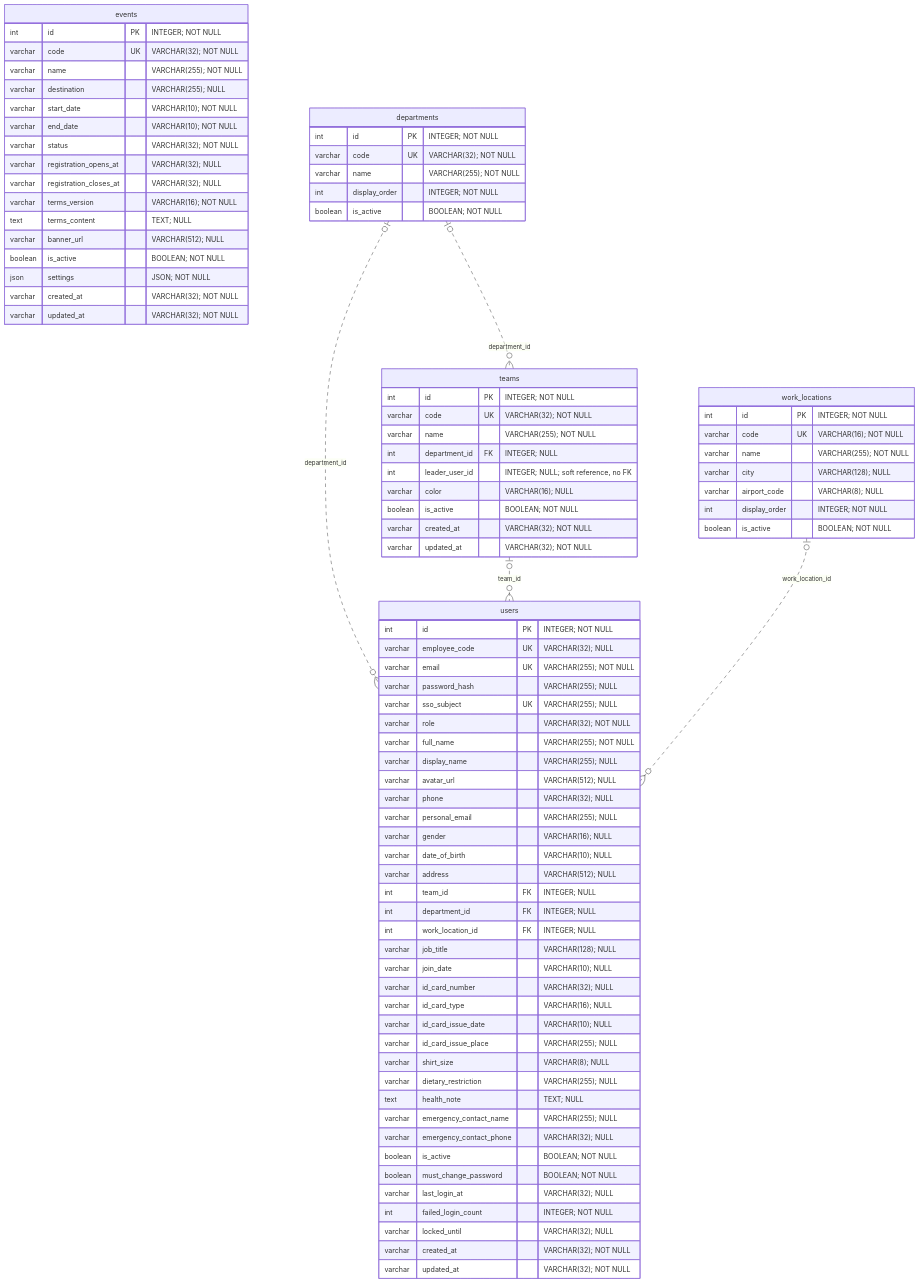
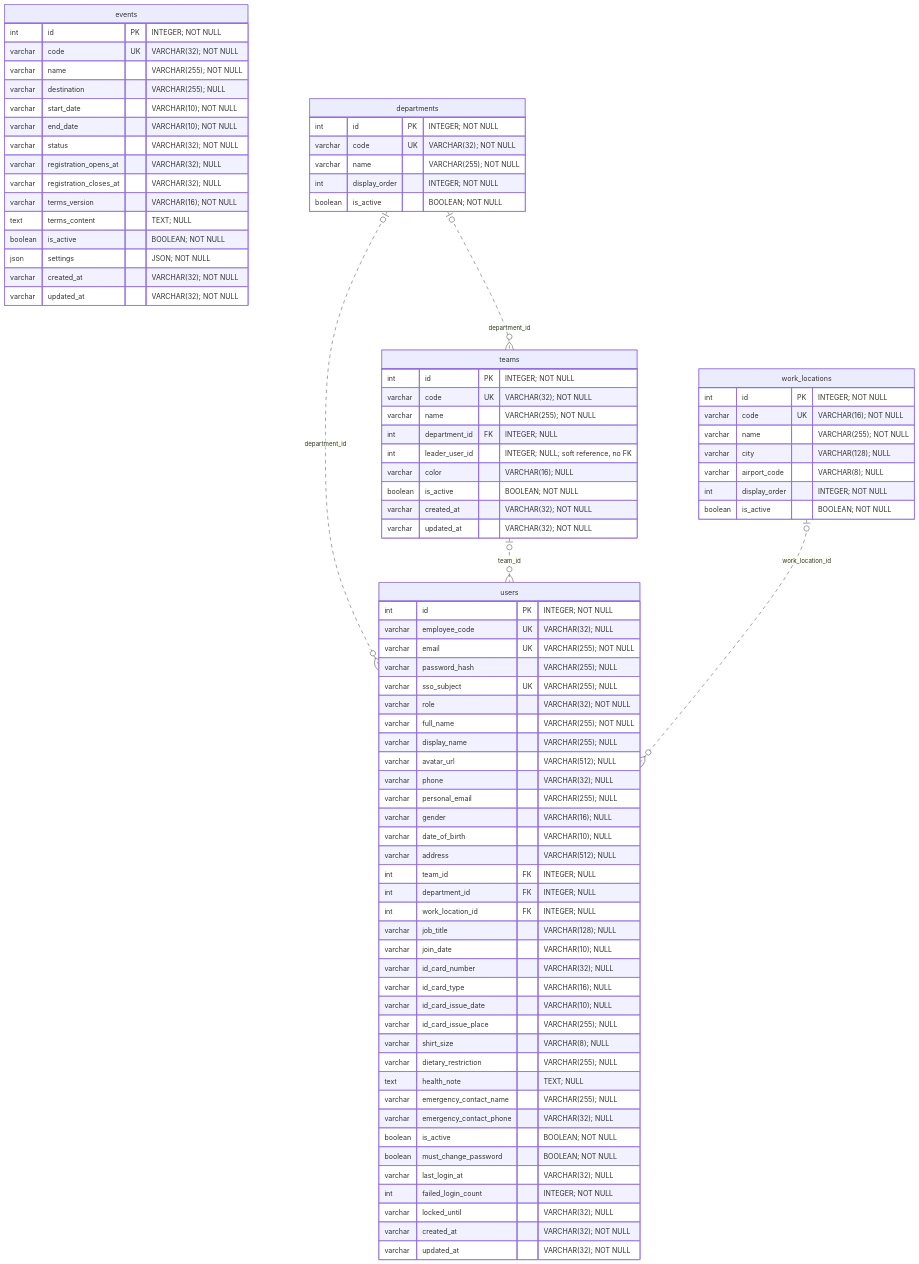
One commit to kimmttrung/teambuilding-portal changed the second of 9 diagrams in ERD.MD. Above: the diagram before and after it, drawn with Mermaid. The commit also changed 9 other files, not shown here.

```diff
--- a/ERD.MD
+++ b/ERD.MD
@@ -196,7 +196,6 @@
         varchar registration_closes_at "VARCHAR(32); NULL"
         varchar terms_version "VARCHAR(16); NOT NULL"
         text terms_content "TEXT; NULL"
-        varchar banner_url "VARCHAR(512); NULL"
         boolean is_active "BOOLEAN; NOT NULL"
         json settings "JSON; NOT NULL"
         varchar created_at "VARCHAR(32); NOT NULL"
```
